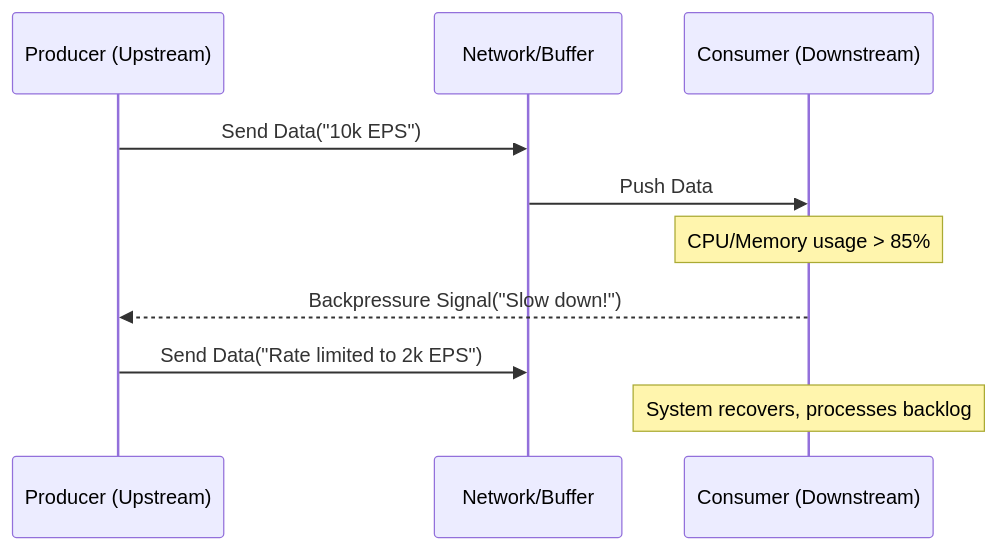
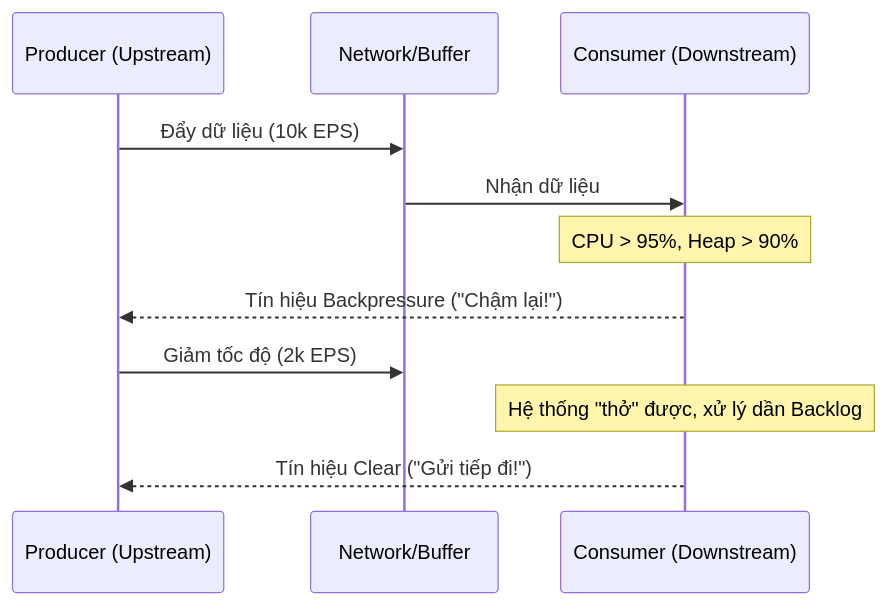
One commit to kythuatdulieu/kythuatdulieu.github.io changed the diagram in src/content/docs/concepts/2-data-ingestion-integration/backpressure-handling.md. Above: the diagram before and after it, drawn with Mermaid. The commit also changed other lines of this file and 228 other files, not shown here.

Commit message:
Fix syntax and rewrite 200+ concepts docs to deep-dive system architecture and add GA4 tracking to quiz app

````diff
--- a/src/content/docs/concepts/2-data-ingestion-integration/backpressure-handling.md
+++ b/src/content/docs/concepts/2-data-ingestion-integration/backpressure-handling.md
@@ -28,13 +28,14 @@
 ```mermaid
 sequenceDiagram
     participant P as Producer (Upstream)
     participant Q as Network/Buffer
     participant C as Consumer (Downstream)
     
-    P->>Q: Send Data("10k EPS")
-    Q->>C: Push Data
-    Note over C: CPU/Memory usage > 85%
-    C-->>P: Backpressure Signal("Slow down!")
-    P->>Q: Send Data("Rate limited to 2k EPS")
-    Note over C: System recovers, processes backlog
+    P->>Q: Đẩy dữ liệu (10k EPS)
+    Q->>C: Nhận dữ liệu
+    Note over C: CPU > 95%, Heap > 90%
+    C-->>P: Tín hiệu Backpressure ("Chậm lại!")
+    P->>Q: Giảm tốc độ (2k EPS)
+    Note over C: Hệ thống "thở" được, xử lý dần Backlog
+    C-->>P: Tín hiệu Clear ("Gửi tiếp đi!")
 ```
````
